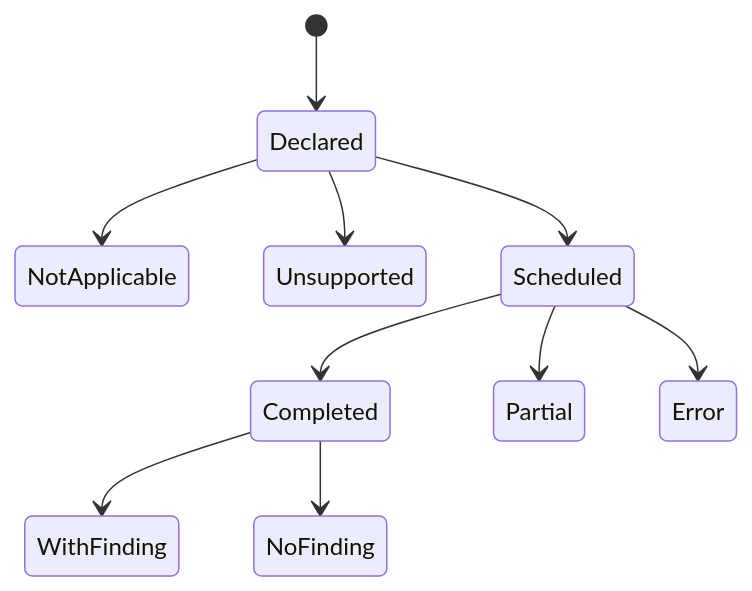
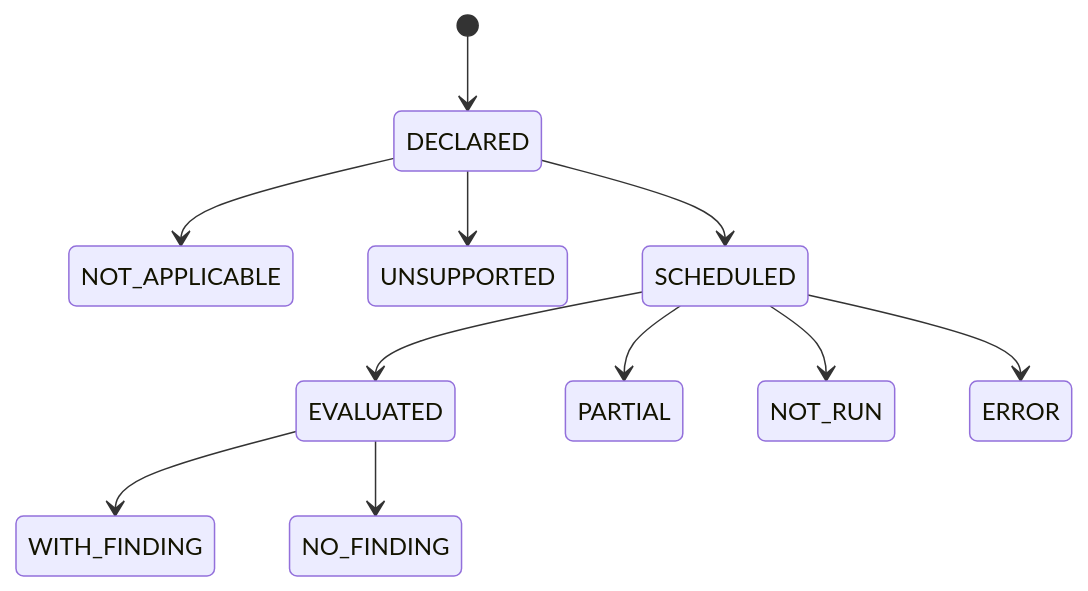
One commit to imMamdouhaboammar/bug-killer changed the diagram in bug-killer-ultimate-spec-v1/04-STATIC-ANALYSIS-AND-CATALOG.md. Above: the diagram before and after it, drawn with Mermaid. The commit also changed other lines of this file and 12 other files, not shown here.

````diff
--- a/bug-killer-ultimate-spec-v1/04-STATIC-ANALYSIS-AND-CATALOG.md
+++ b/bug-killer-ultimate-spec-v1/04-STATIC-ANALYSIS-AND-CATALOG.md
@@ -52,12 +52,13 @@
 ```mermaid
 stateDiagram-v2
-    [*] --> Declared
-    Declared --> NotApplicable
-    Declared --> Unsupported
-    Declared --> Scheduled
-    Scheduled --> Completed
-    Scheduled --> Partial
-    Scheduled --> Error
-    Completed --> WithFinding
-    Completed --> NoFinding
+    [*] --> DECLARED
+    DECLARED --> NOT_APPLICABLE
+    DECLARED --> UNSUPPORTED
+    DECLARED --> SCHEDULED
+    SCHEDULED --> EVALUATED
+    SCHEDULED --> PARTIAL
+    SCHEDULED --> NOT_RUN
+    SCHEDULED --> ERROR
+    EVALUATED --> WITH_FINDING
+    EVALUATED --> NO_FINDING
 ```
````
